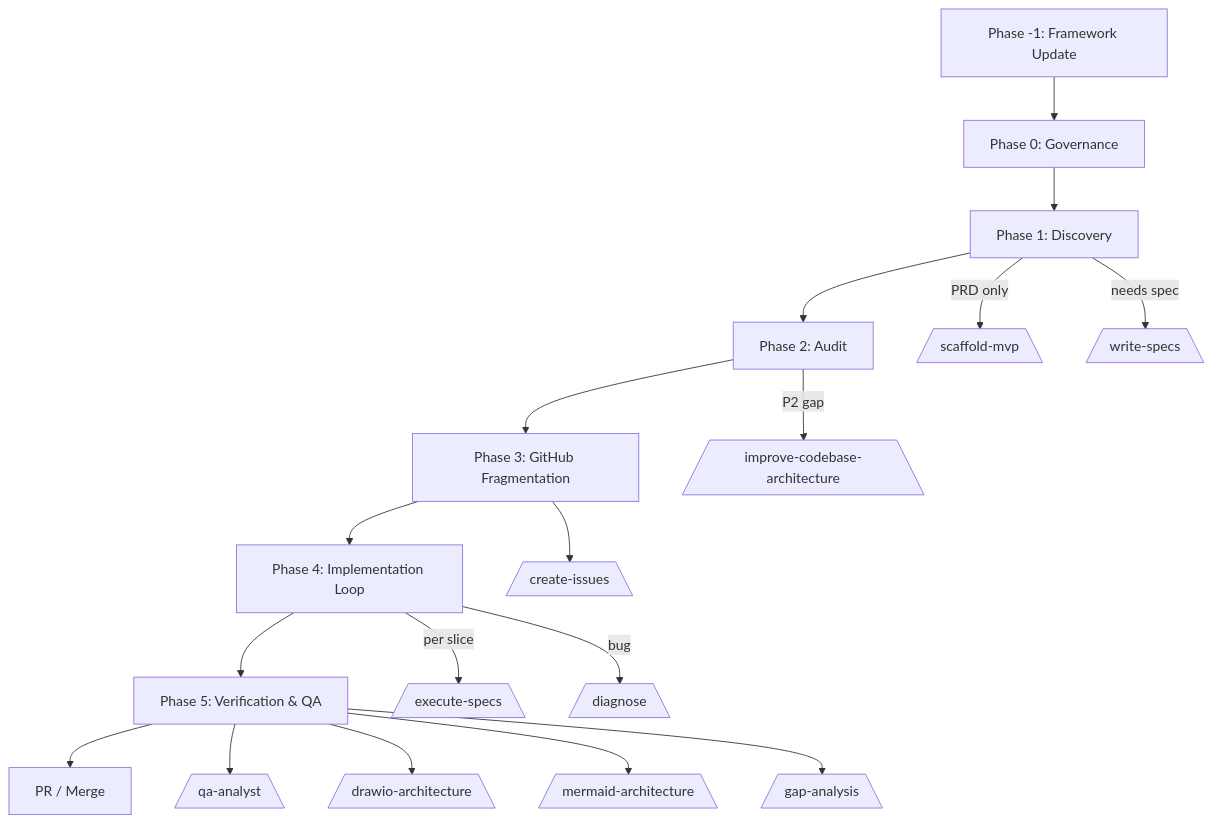
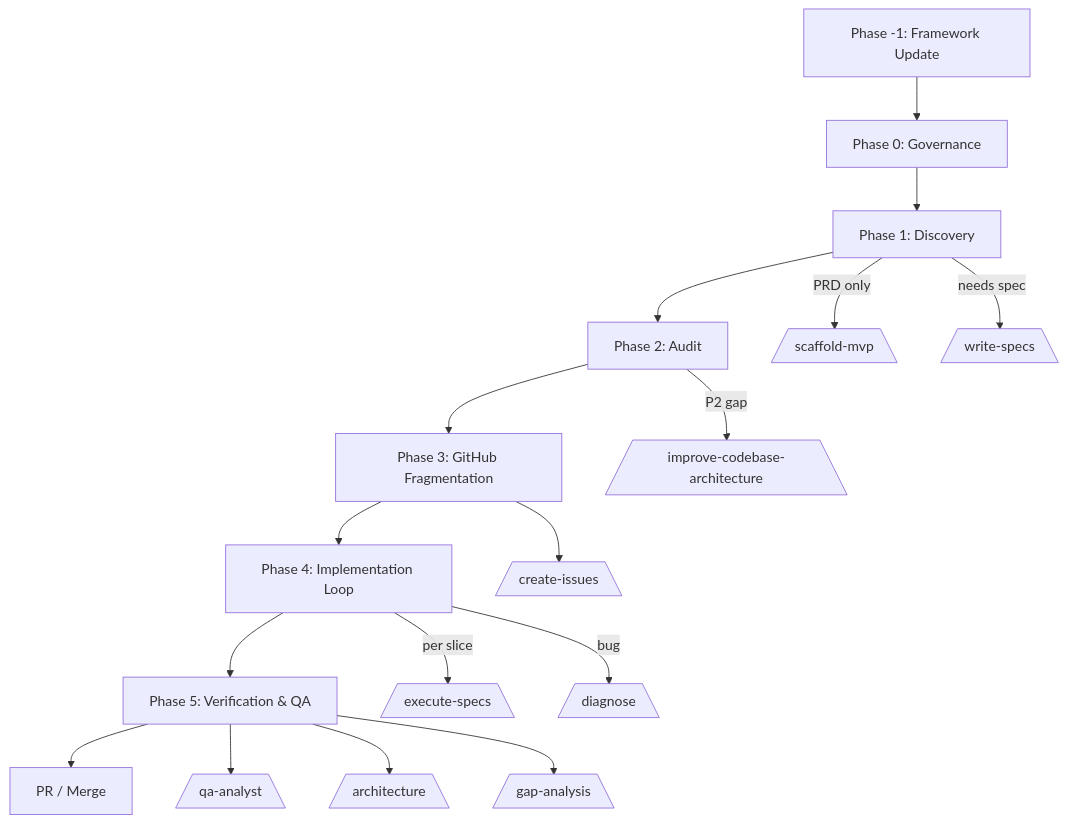
The diagram in README.md (afonsoft/skills), drawn with Mermaid before and after one commit. The commit also changed other lines of this file and 17 other files, not shown here.

First line of the commit message:
feat(architecture): add umbrella skill for docs/architecture and gap audit

````diff
--- a/README.md
+++ b/README.md
@@ -27,21 +27,20 @@
 ```mermaid
 flowchart TD
     A[Phase -1: Framework Update] --> B[Phase 0: Governance]
     B --> C[Phase 1: Discovery]
     C --> D[Phase 2: Audit]
     D --> E[Phase 3: GitHub Fragmentation]
     E --> F[Phase 4: Implementation Loop]
     F --> G[Phase 5: Verification & QA]
     G --> H[PR / Merge]
 
     C -->|PRD only| I[/scaffold-mvp\]
     C -->|needs spec| J[/write-specs\]
     D -->|P2 gap| K[/improve-codebase-architecture\]
     E --> L[/create-issues\]
     F -->|per slice| M[/execute-specs\]
     F -->|bug| N[/diagnose\]
     G --> O[/qa-analyst\]
-    G --> P[/drawio-architecture\]
-    G --> Q[/mermaid-architecture\]
+    G --> P[/architecture\]
     G --> R[/gap-analysis\]
 ```
````
